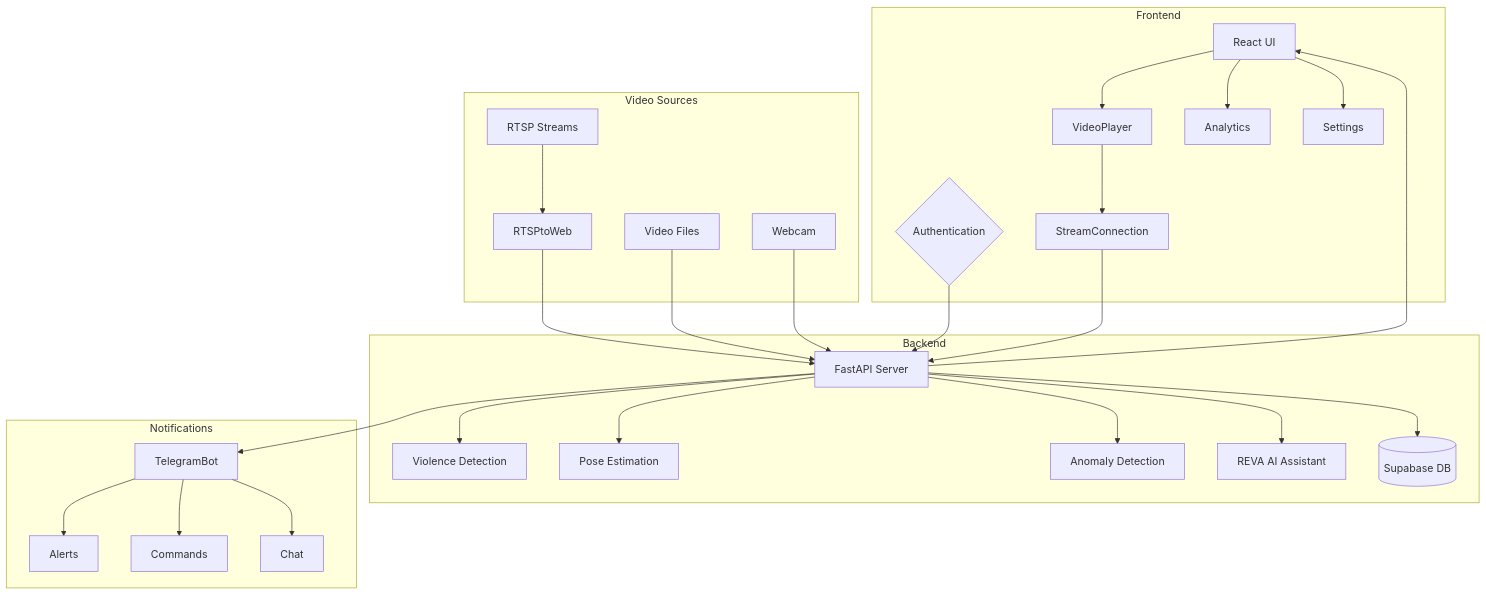
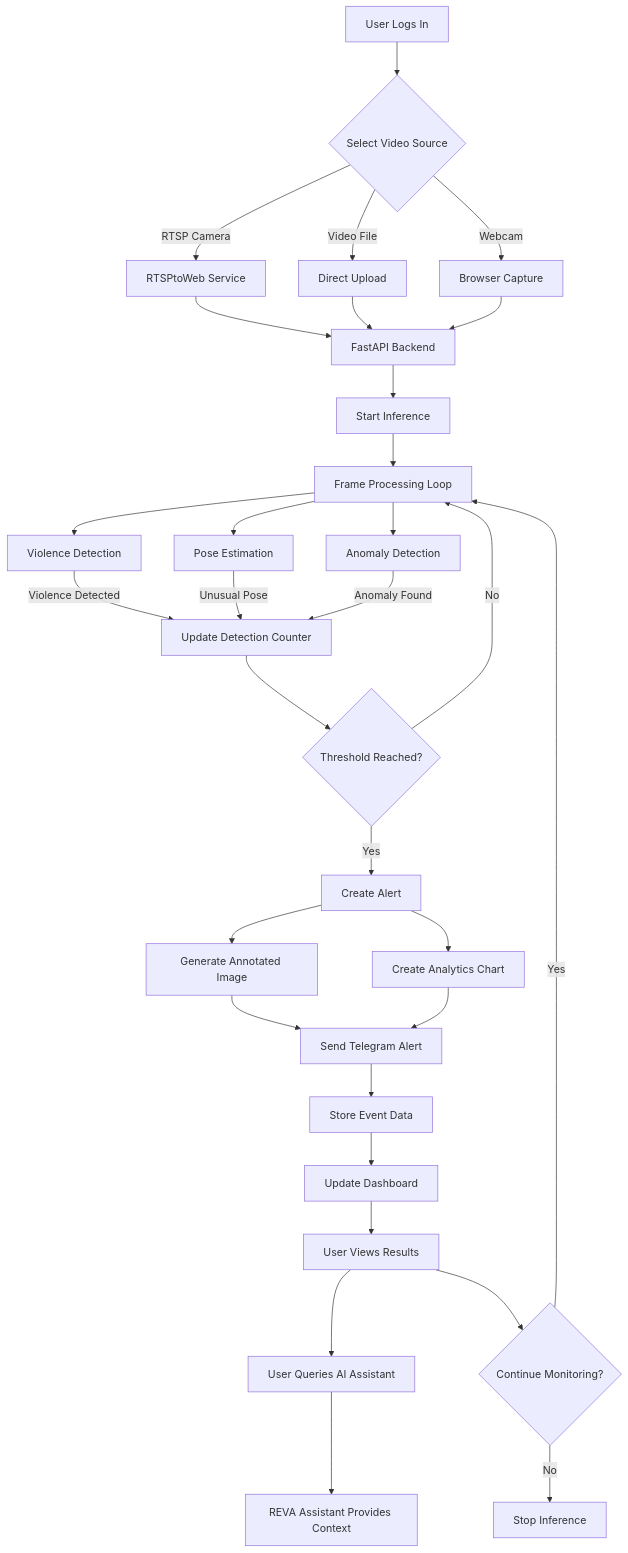
The diagram in README.md (Hughclaw18/NAVIGATE-LABS-CP), drawn with Mermaid before and after one commit.

````diff
--- a/README.md
+++ b/README.md
@@ -47,36 +47,43 @@
 ```mermaid
-graph TB
-    subgraph "Frontend"
-        UI[React UI] --> VideoPlayer
-        VideoPlayer --> StreamConnection
-        UI --> Analytics
-        UI --> Settings
-        Auth{Authentication}
-    end
+flowchart TD
+    A[User Logs In] --> B{Select Video Source}
+    B -->|RTSP Camera| C[RTSPtoWeb Service]
+    B -->|Video File| D[Direct Upload]
+    B -->|Webcam| E[Browser Capture]
     
-    subgraph "Backend"
-        API[FastAPI Server] --> ViolenceModel[Violence Detection]
-        API --> PoseModel[Pose Estimation]
-        API --> AnomalyModel[Anomaly Detection]
-        API --> Agent[REVA AI Assistant]
-        API --> DB[(Supabase DB)]
-    end
+    C --> F[FastAPI Backend]
+    D --> F
+    E --> F
     
-    subgraph "Video Sources"
-        RTSP[RTSP Streams] --> RTSPtoWeb
-        RTSPtoWeb --> API
-        Files[Video Files] --> API
-        Camera[Webcam] --> API
-    end
+    F --> G[Start Inference]
+    G --> H[Frame Processing Loop]
     
-    subgraph "Notifications"
-        API --> TelegramBot
-        TelegramBot --> Alerts
-        TelegramBot --> Commands
-        TelegramBot --> Chat
-    end
+    H --> I[Violence Detection]
+    H --> J[Pose Estimation]
+    H --> K[Anomaly Detection]
     
-    Auth --> API
-    StreamConnection --> API
-    API --> UI
+    I -->|Violence Detected| L[Update Detection Counter]
+    J -->|Unusual Pose| L
+    K -->|Anomaly Found| L
+    
+    L --> M{Threshold Reached?}
+    M -->|No| H
+    M -->|Yes| N[Create Alert]
+    
+    N --> O[Generate Annotated Image]
+    N --> P[Create Analytics Chart]
+    
+    O --> Q[Send Telegram Alert]
+    P --> Q
+    
+    Q --> R[Store Event Data]
+    R --> S[Update Dashboard]
+    
+    S --> T[User Views Results]
+    T --> U[User Queries AI Assistant]
+    U --> V[REVA Assistant Provides Context]
+    
+    T --> W{Continue Monitoring?}
+    W -->|Yes| H
+    W -->|No| X[Stop Inference]
 ```
````
